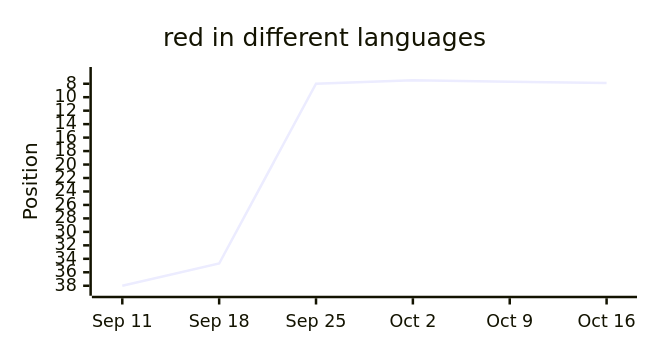
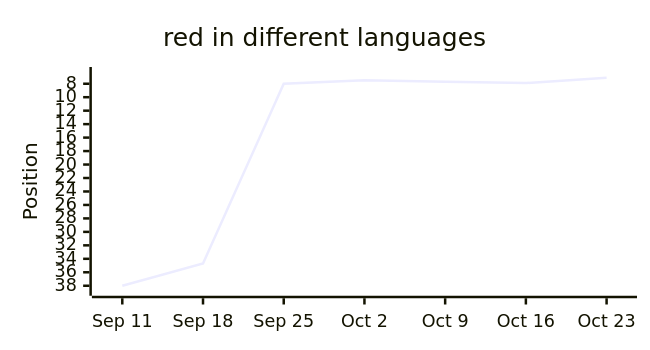
The tenth of 13 diagrams in latest.md (langx/website), drawn with Mermaid before and after one commit. The commit also changed other lines of this file and 2 other files, not shown here.

````diff
--- a/latest.md
+++ b/latest.md
@@ -154,13 +154,13 @@
 ```mermaid
 ---
 config:
   xyChart:
     width: 500
     height: 260
 ---
 xychart-beta
   title "red in different languages"
-  x-axis ["Sep 11", "Sep 18", "Sep 25", "Oct 2", "Oct 9", "Oct 16"]
+  x-axis ["Sep 11", "Sep 18", "Sep 25", "Oct 2", "Oct 9", "Oct 16", "Oct 23"]
   y-axis "Position" 38 --> 7
-  line [38, 34.7, 8, 7.5, 7.7, 7.9]
+  line [38, 34.7, 8, 7.5, 7.7, 7.9, 7.1]
 ```
````
